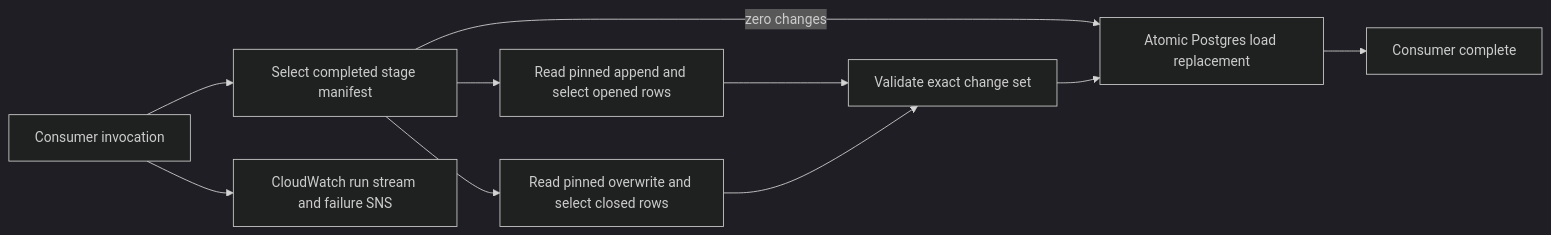
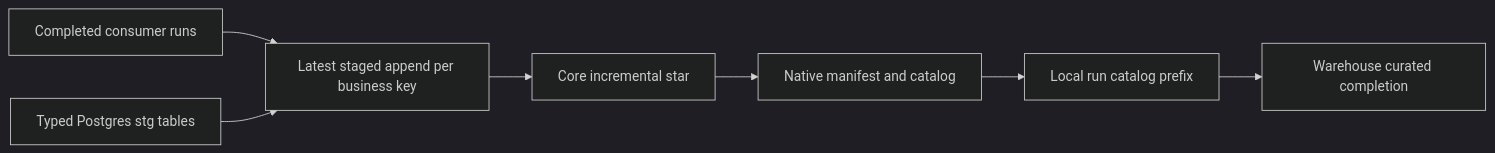
Before and after one commit to gsanchez2141/world-bank-poc: the diagram in IMPLEMENTATION_CONTRACT.md, drawn with Mermaid (dark theme). The commit also changed other lines of this file and 29 other files, not shown here.

Commit message:
feat(curated): build the World Bank star with dbt Core

````diff
--- a/IMPLEMENTATION_CONTRACT.md
+++ b/IMPLEMENTATION_CONTRACT.md
@@ -59,12 +85,9 @@
 ```mermaid
 flowchart LR
-    Run[Consumer invocation] --> Manifest[Select completed stage manifest]
-    Manifest --> Append[Read pinned append and select opened rows]
-    Manifest --> Close[Read pinned overwrite and select closed rows]
-    Append --> Check[Validate exact change set]
-    Close --> Check
-    Manifest -->|zero changes| Publish[Atomic Postgres load replacement]
-    Check --> Publish
-    Publish --> Status[Consumer complete]
-    Run --> Logs[CloudWatch run stream and failure SNS]
+    Ledger[Completed consumer runs] --> Recent[Latest staged append per business key]
+    Stage[Typed Postgres stg tables] --> Recent
+    Recent --> Star[Core incremental star]
+    Star --> Docs[Native manifest and catalog]
+    Docs --> S3[Local run catalog prefix]
+    S3 --> Completion[Warehouse curated completion]
 ```
````
